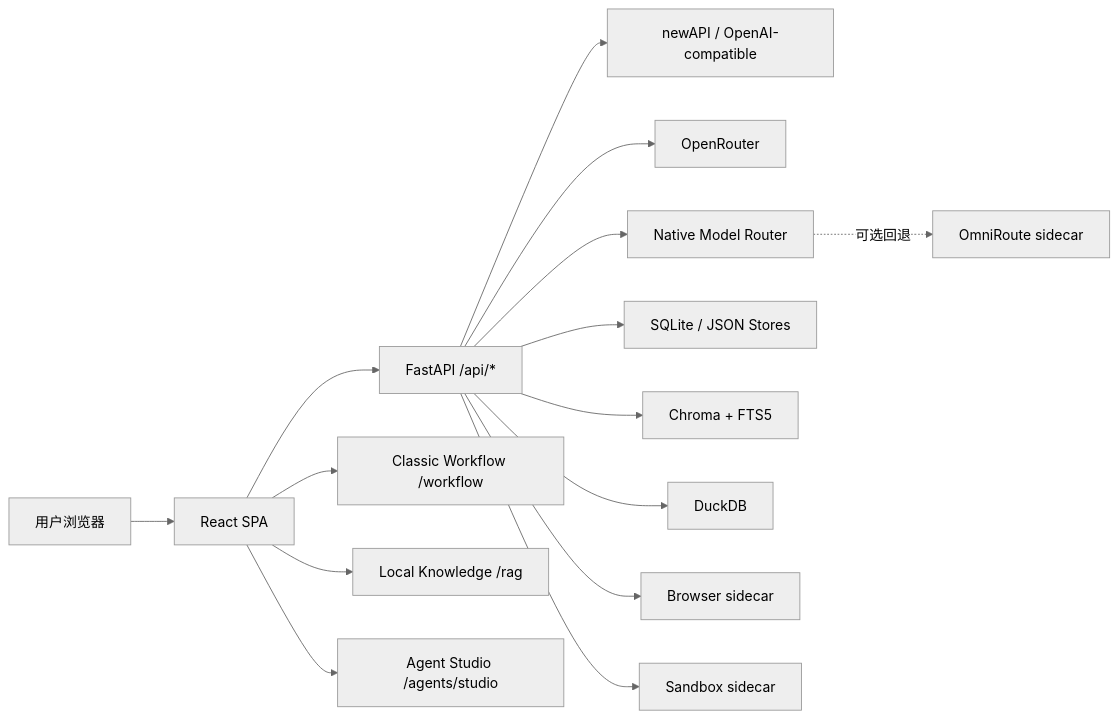
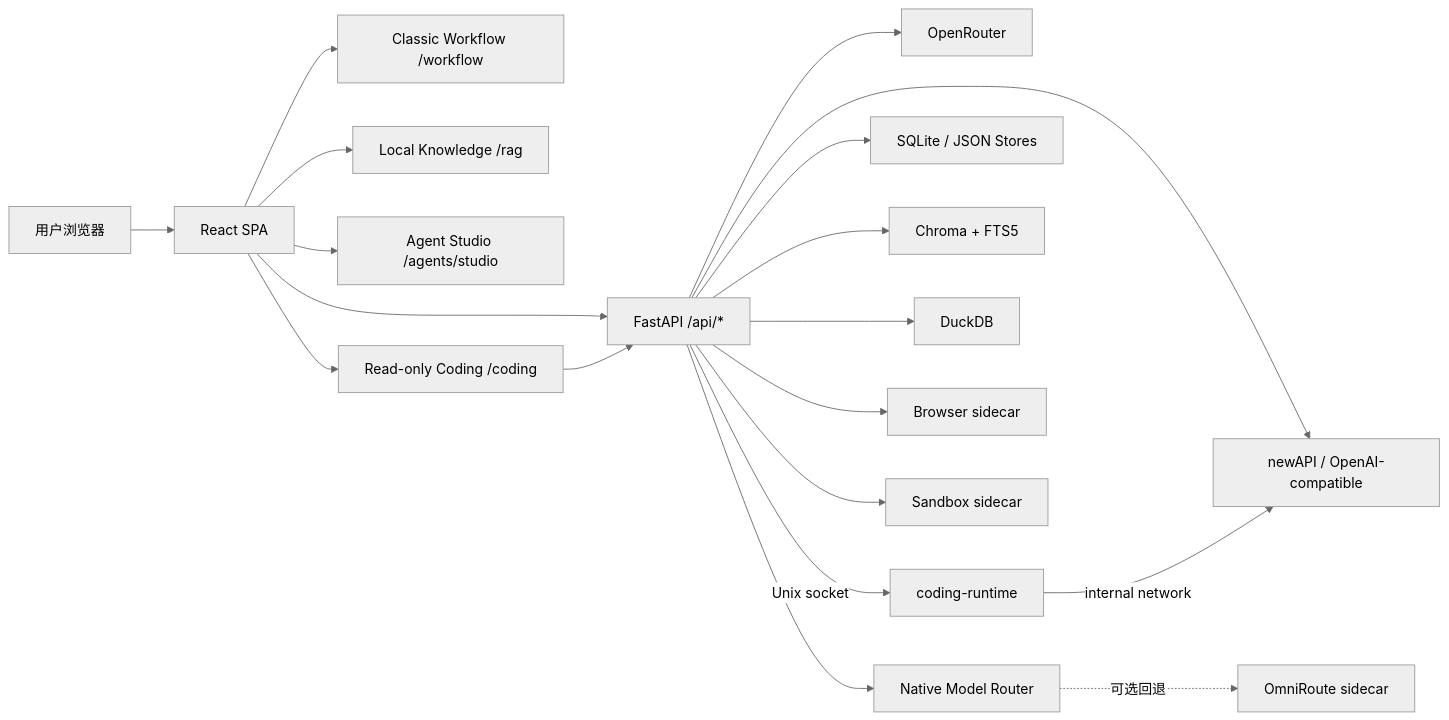
Before and after one commit to PinkElf-Elysia/ModelMirror: the first of 3 diagrams in docs/ARCHITECTURE.md, drawn with Mermaid (neutral theme). The commit also changed other lines of this file and 4 other files, not shown here.

````diff
--- a/docs/ARCHITECTURE.md
+++ b/docs/ARCHITECTURE.md
@@ -41,20 +43,24 @@
 ```mermaid
 flowchart LR
   U["用户浏览器"] --> SPA["React SPA"]
   SPA --> API["FastAPI /api/*"]
 
   SPA --> WF["Classic Workflow /workflow"]
   SPA --> RAG["Local Knowledge /rag"]
   SPA --> STUDIO["Agent Studio /agents/studio"]
+  SPA --> CODING["Read-only Coding /coding"]
+  CODING --> API
 
   API --> GW["newAPI / OpenAI-compatible"]
   API --> OR["OpenRouter"]
   API --> ROUTER["Native Model Router"]
   ROUTER -. "可选回退" .-> OMNI["OmniRoute sidecar"]
 
   API --> SQL["SQLite / JSON Stores"]
   API --> VECTOR["Chroma + FTS5"]
   API --> DX["DuckDB"]
   API --> BROWSER["Browser sidecar"]
   API --> SANDBOX["Sandbox sidecar"]
+  API -->|"Unix socket"| CODER["coding-runtime"]
+  CODER -->|"internal network"| GW
 ```
````
